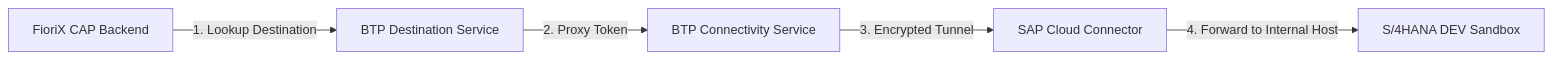
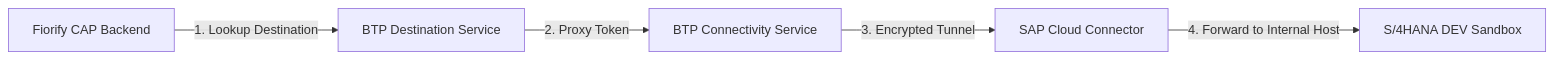
The diagram in docs/08-sap-integration.md (samarth092005/Firorix), drawn with Mermaid before and after one commit. The commit also changed 395 other files, not shown here.

````diff
--- a/docs/08-sap-integration.md
+++ b/docs/08-sap-integration.md
@@ -15,7 +15,7 @@
 ```mermaid
 flowchart LR
-    CAP[FioriX CAP Backend] -->|1. Lookup Destination| Dest[BTP Destination Service]
+    CAP[Fiorify CAP Backend] -->|1. Lookup Destination| Dest[BTP Destination Service]
     Dest -->|2. Proxy Token| Conn[BTP Connectivity Service]
     Conn -->|3. Encrypted Tunnel| SCC[SAP Cloud Connector]
     SCC -->|4. Forward to Internal Host| S4[S/4HANA DEV Sandbox]
 ```
````
